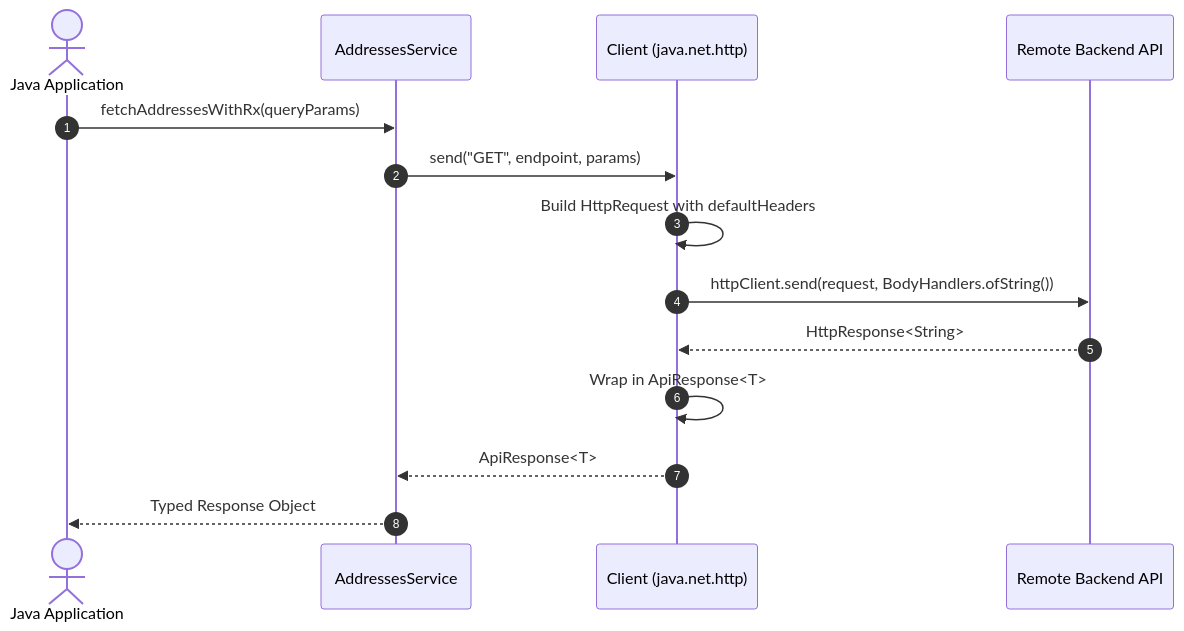
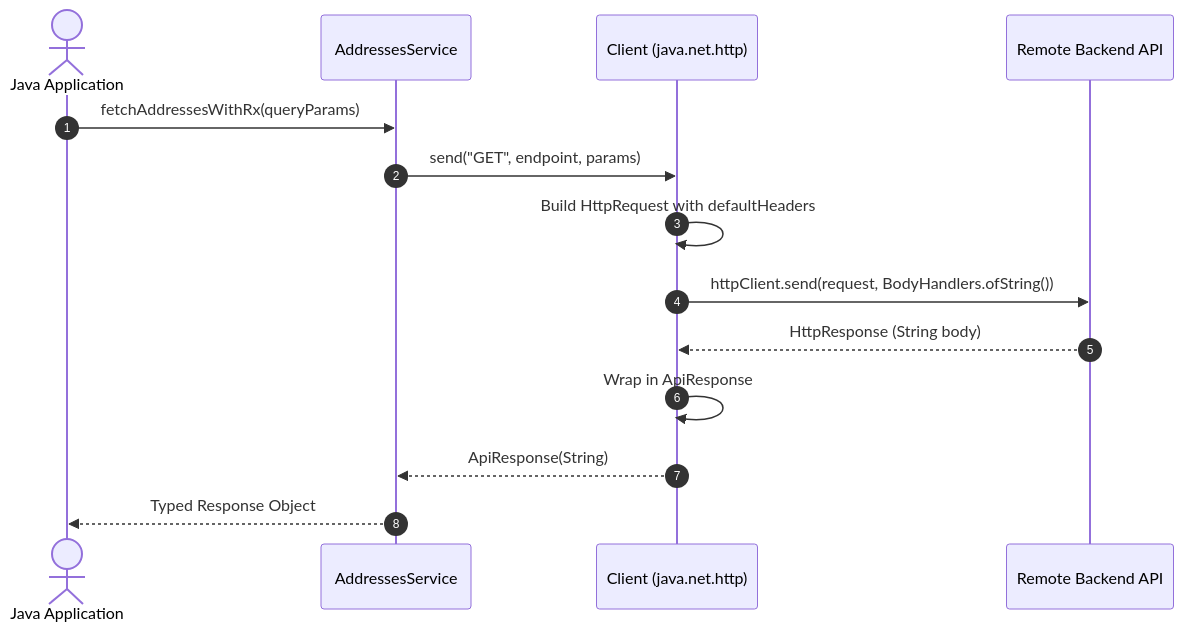
The diagram in docs/java.md (chahakshahcs5/retrofit-sdk-gen), drawn with Mermaid before and after one commit. The commit also changed 13 other files, not shown here.

Commit message:
fix(docs): quote Mermaid edge labels and sanitize syntax for GitHub renderer

````diff
--- a/docs/java.md
+++ b/docs/java.md
@@ -39,17 +39,17 @@
 ```mermaid
 sequenceDiagram
     autonumber
     actor App as Java Application
     participant Svc as AddressesService
     participant Client as Client (java.net.http)
     participant Net as Remote Backend API
 
     App->>Svc: fetchAddressesWithRx(queryParams)
     Svc->>Client: send("GET", endpoint, params)
     Client->>Client: Build HttpRequest with defaultHeaders
     Client->>Net: httpClient.send(request, BodyHandlers.ofString())
-    Net-->>Client: HttpResponse<String>
-    Client->>Client: Wrap in ApiResponse<T>
-    Client-->>Svc: ApiResponse<T>
+    Net-->>Client: HttpResponse (String body)
+    Client->>Client: Wrap in ApiResponse
+    Client-->>Svc: ApiResponse(String)
     Svc-->>App: Typed Response Object
 ```
````
